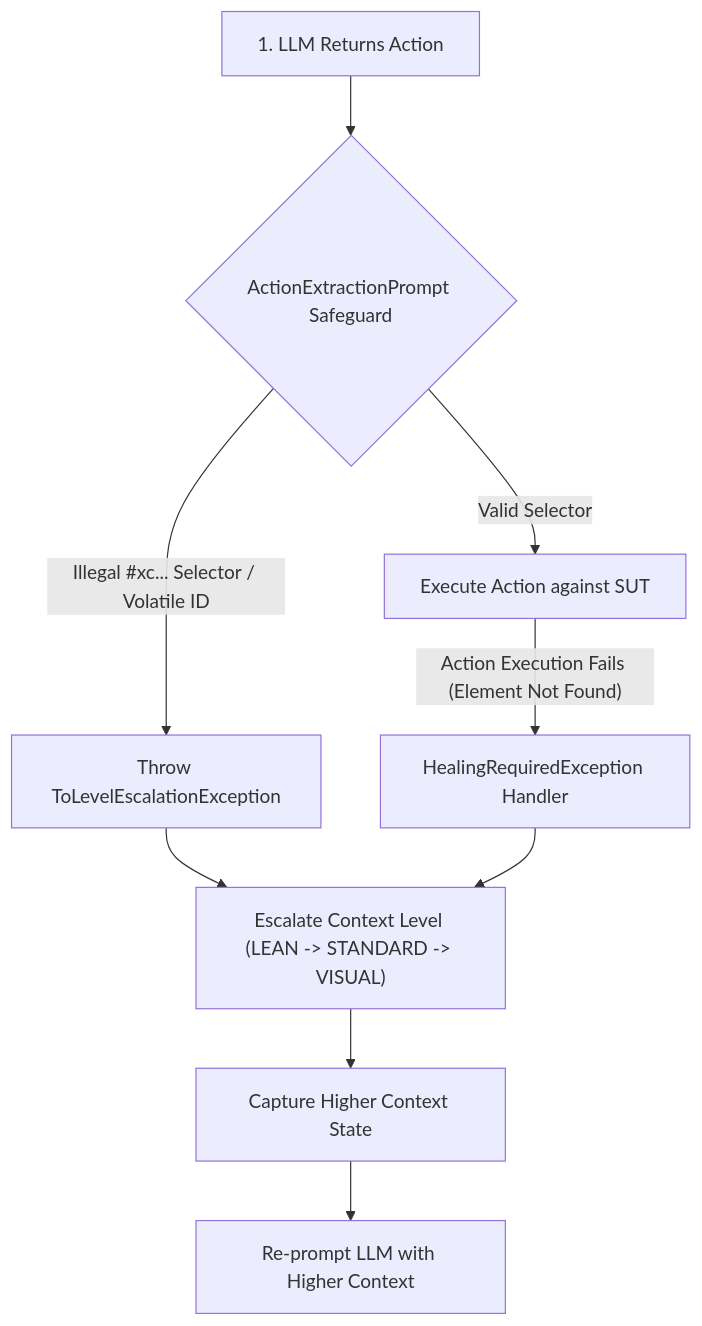
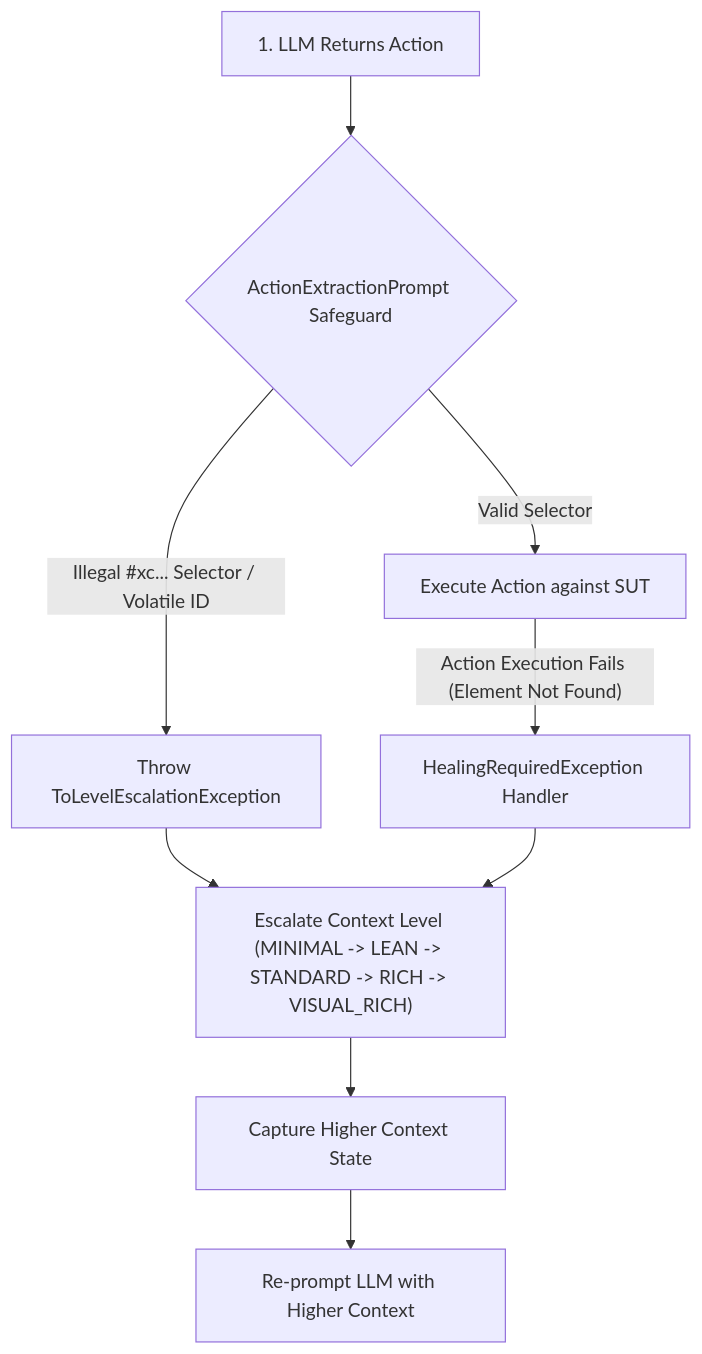
Before and after one commit to Xceptance/neodymium: the diagram in AI-README.md, drawn with Mermaid. The commit also changed other lines of this file and 41 other files, not shown here.

````diff
--- a/AI-README.md
+++ b/AI-README.md
@@ -575,13 +586,13 @@
 ```mermaid
 flowchart TD
     A["1. LLM Returns Action"] --> B{"ActionExtractionPrompt Safeguard"}
     B -->|"Illegal #xc... Selector / Volatile ID"| C["Throw ToLevelEscalationException"]
     B -->|"Valid Selector"| D["Execute Action against SUT"]
     
-    C --> E["Escalate Context Level (LEAN -> STANDARD -> VISUAL)"]
+    C --> E["Escalate Context Level (MINIMAL -> LEAN -> STANDARD -> RICH -> VISUAL_RICH)"]
     E --> F["Capture Higher Context State"]
     F --> G["Re-prompt LLM with Higher Context"]
     
     D -->|"Action Execution Fails (Element Not Found)"| H["HealingRequiredException Handler"]
     H --> E
 ```
````
